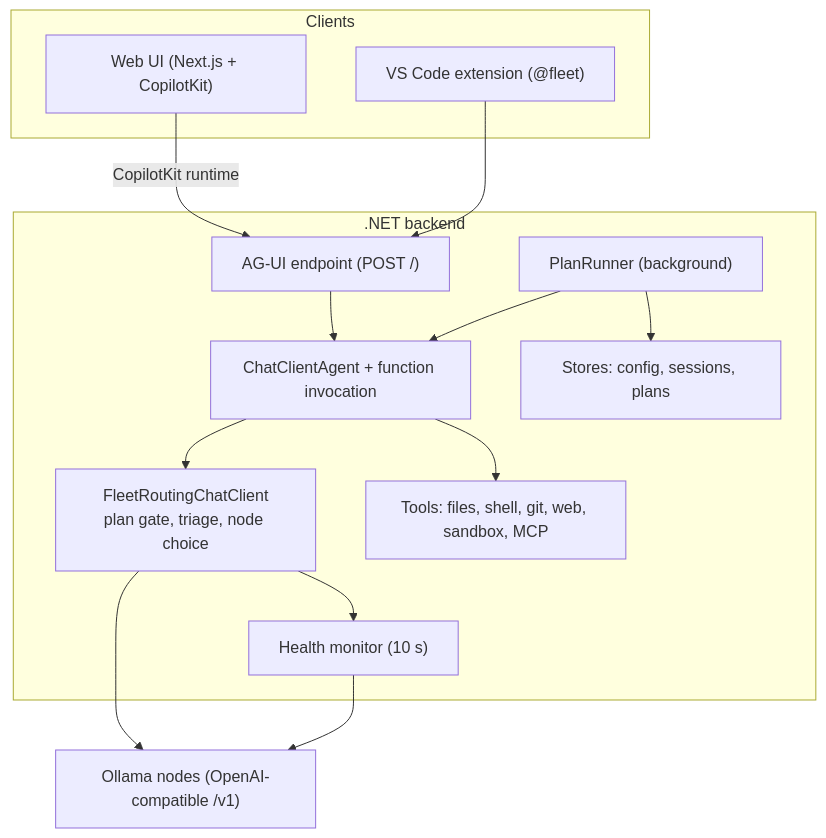
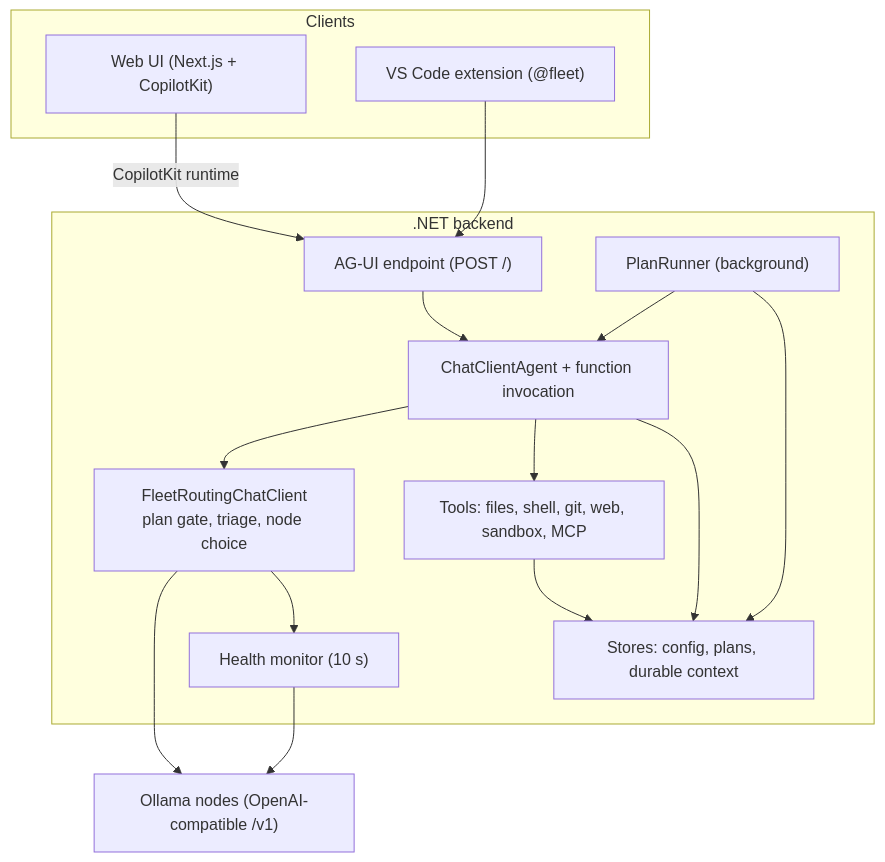
The diagram in docs/architecture.md (miladild/AgentFleet), drawn with Mermaid before and after one commit. The commit also changed other lines of this file and 7 other files, not shown here.

````diff
--- a/docs/architecture.md
+++ b/docs/architecture.md
@@ -7,25 +7,27 @@
 ```mermaid
 flowchart TB
   subgraph Clients
     UI["Web UI (Next.js + CopilotKit)"]
     VS["VS Code extension (@fleet)"]
   end
   subgraph Backend[".NET backend"]
     AGUI["AG-UI endpoint (POST /)"]
     Agent["ChatClientAgent + function invocation"]
     Router["FleetRoutingChatClient<br/>plan gate, triage, node choice"]
     Runner["PlanRunner (background)"]
     Tools["Tools: files, shell, git, web, sandbox, MCP"]
-    Store["Stores: config, sessions, plans"]
+    Store["Stores: config, plans, durable context"]
     Health["Health monitor (10 s)"]
   end
   Ollama["Ollama nodes (OpenAI-compatible /v1)"]
   UI -->|"CopilotKit runtime"| AGUI
   VS --> AGUI
   AGUI --> Agent --> Router --> Ollama
   Agent --> Tools
   Runner --> Agent
   Runner --> Store
+  Agent --> Store
+  Tools --> Store
   Router --> Health
   Health --> Ollama
 ```
````
